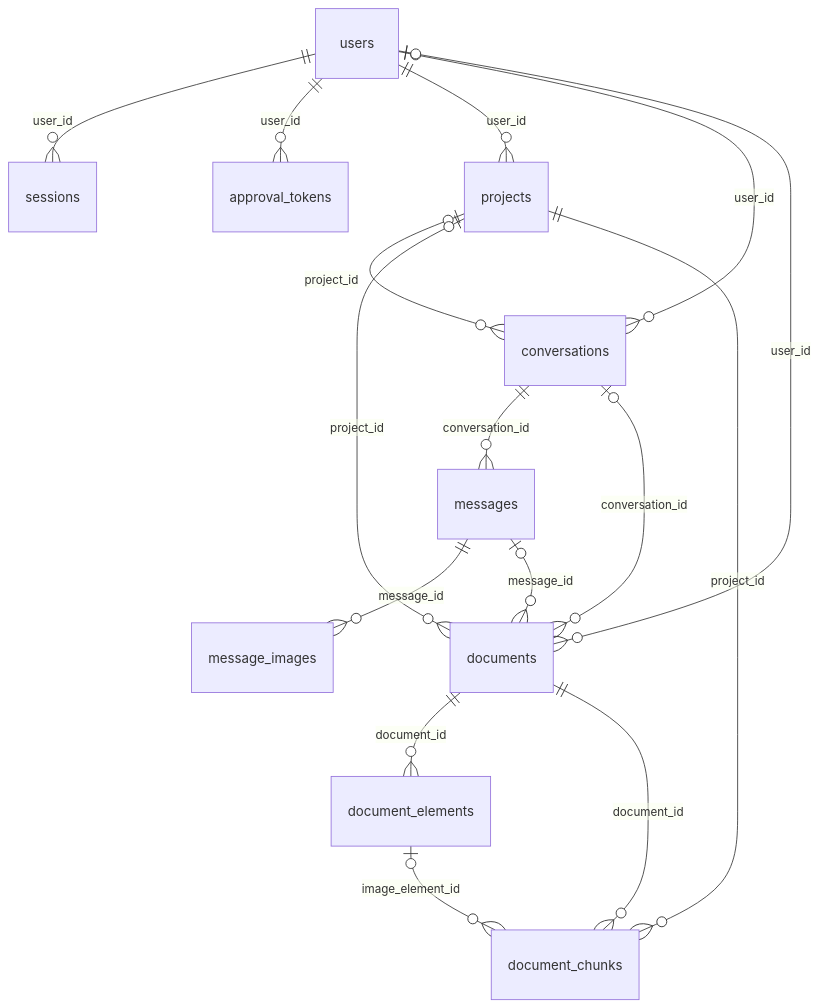
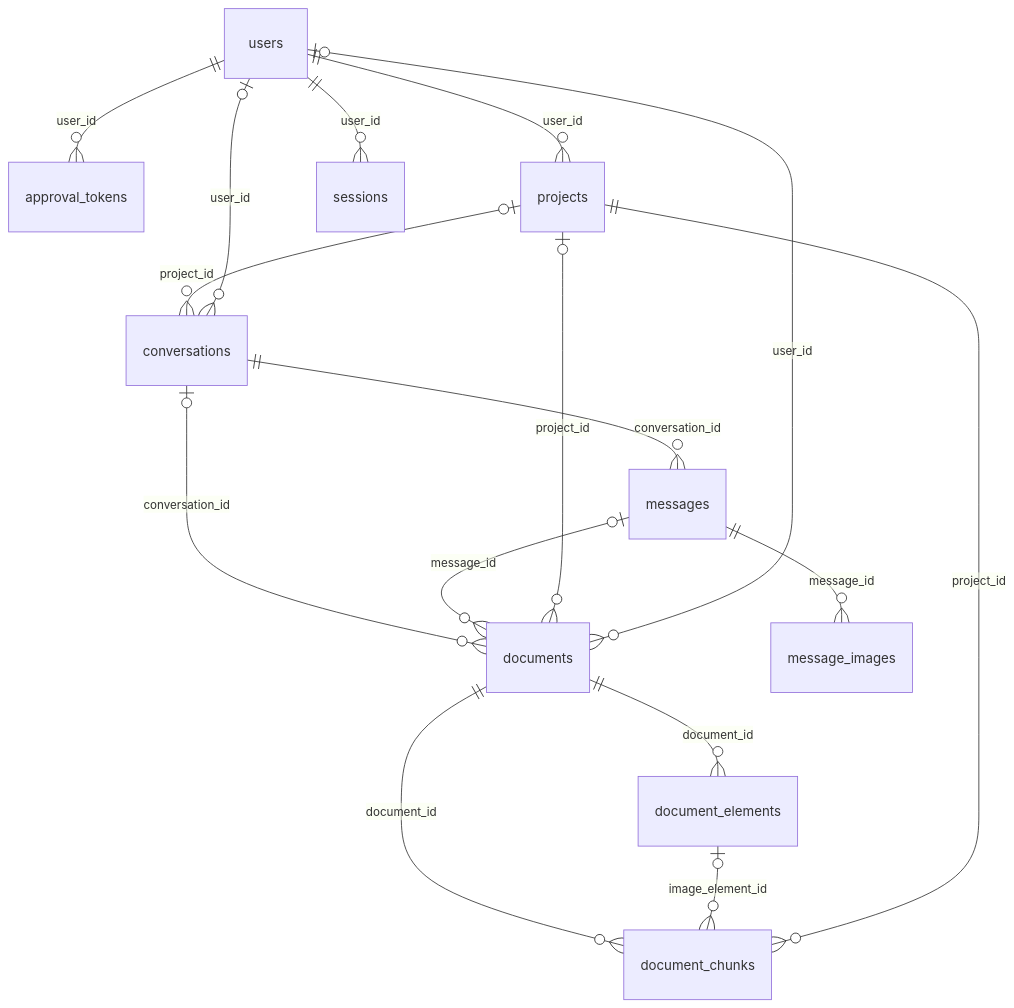
One commit to okdoittttt/apogee-deck changed the first of 5 diagrams in docs/data/erd.md. Above: the diagram before and after it, drawn with Mermaid. The commit also changed other lines of this file and 8 other files, not shown here.

First line of the commit message:
chore: 문서 검사 도구와 ERD 생성기 추가

````diff
--- a/docs/data/erd.md
+++ b/docs/data/erd.md
@@ -24,18 +26,18 @@
 ```mermaid
 erDiagram
-    users ||--o{ sessions : "user_id"
     users ||--o{ approval_tokens : "user_id"
     users ||--o{ projects : "user_id"
+    users ||--o{ sessions : "user_id"
+    projects o|--o{ conversations : "project_id"
     users o|--o{ conversations : "user_id"
-    users o|--o{ documents : "user_id"
-    projects o|--o{ conversations : "project_id"
-    projects o|--o{ documents : "project_id"
-    projects ||--o{ document_chunks : "project_id"
     conversations ||--o{ messages : "conversation_id"
     conversations o|--o{ documents : "conversation_id"
+    messages o|--o{ documents : "message_id"
+    projects o|--o{ documents : "project_id"
+    users o|--o{ documents : "user_id"
     messages ||--o{ message_images : "message_id"
-    messages o|--o{ documents : "message_id"
     documents ||--o{ document_elements : "document_id"
     documents ||--o{ document_chunks : "document_id"
     document_elements o|--o{ document_chunks : "image_element_id"
+    projects ||--o{ document_chunks : "project_id"
 ```
````
